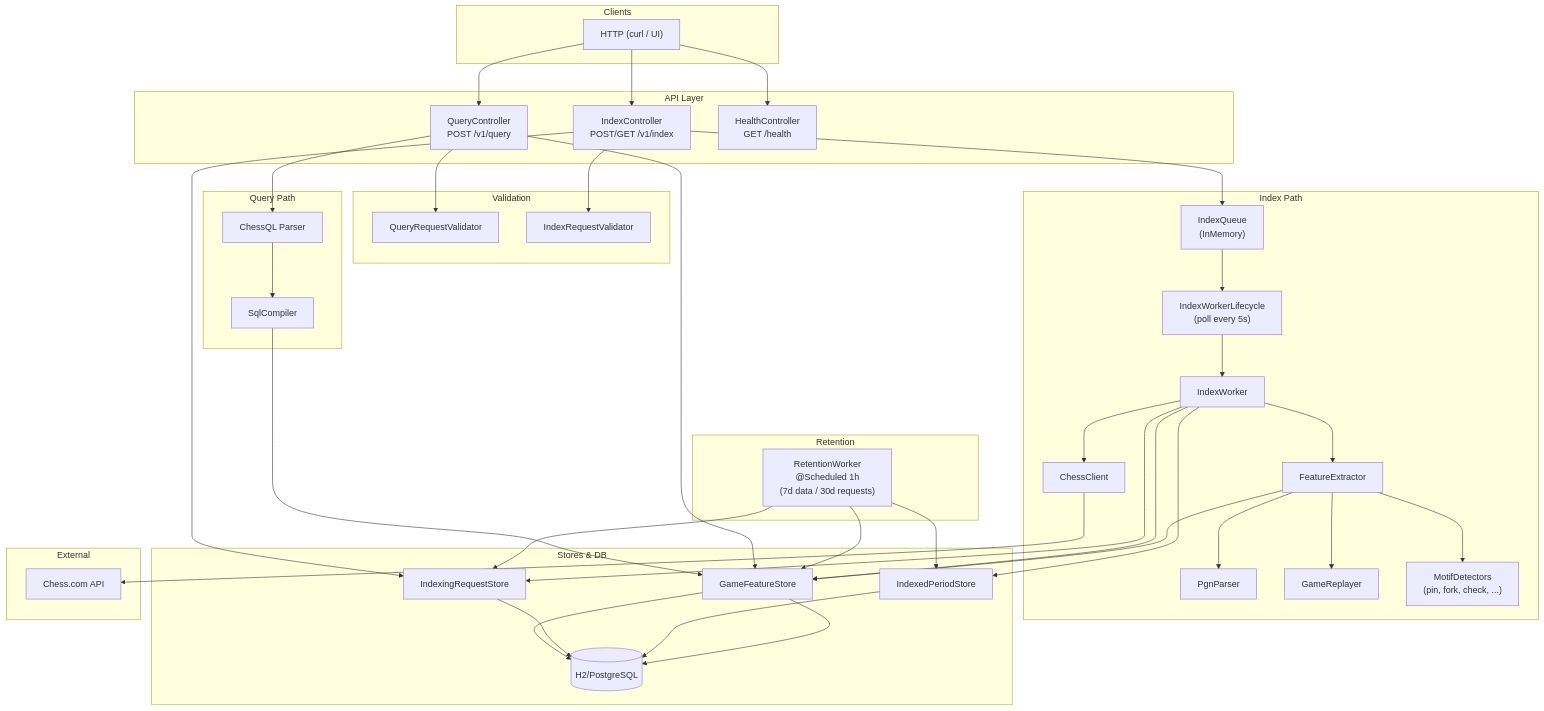
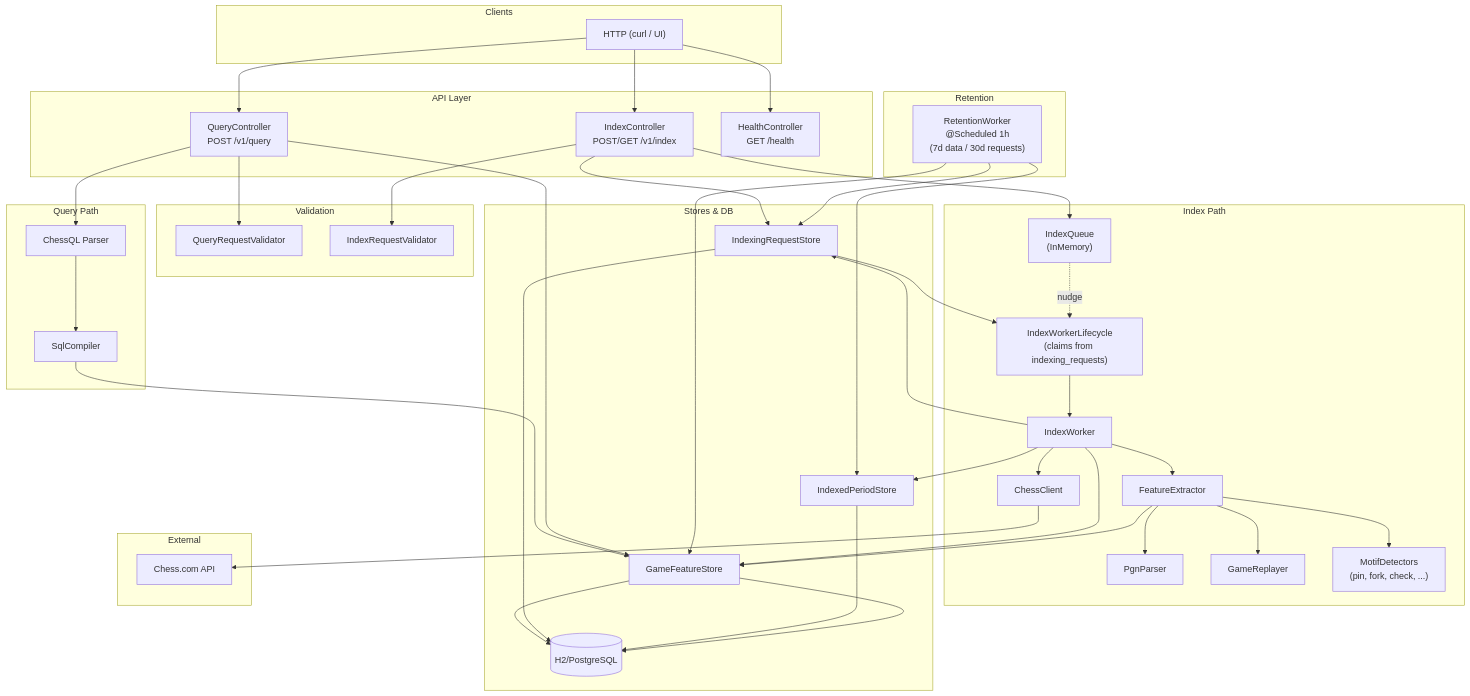
The second of 2 diagrams in domains/games/apis/one_d4/README.md (muchq/MoonBase), drawn with Mermaid before and after one commit. The commit also changed other lines of this file and 28 other files, not shown here.

First line of the commit message:
Let any worker run any queued indexing request (#1279) (#1283)

````diff
--- a/domains/games/apis/one_d4/README.md
+++ b/domains/games/apis/one_d4/README.md
@@ -21,81 +21,82 @@
 ```mermaid
 flowchart TB
   subgraph Client["Clients"]
     HTTP["HTTP (curl / UI)"]
   end
 
   subgraph API["API Layer"]
     IndexCtrl["IndexController\nPOST/GET /v1/index"]
     QueryCtrl["QueryController\nPOST /v1/query"]
     HealthCtrl["HealthController\nGET /health"]
   end
 
   subgraph Validation["Validation"]
     QueryVal["QueryRequestValidator"]
     IndexVal["IndexRequestValidator"]
   end
 
   subgraph IndexPath["Index Path"]
     Queue["IndexQueue\n(InMemory)"]
-    Lifecycle["IndexWorkerLifecycle\n(poll every 5s)"]
+    Lifecycle["IndexWorkerLifecycle\n(claims from indexing_requests)"]
     Worker["IndexWorker"]
     ChessClient["ChessClient"]
     Extractor["FeatureExtractor"]
     PgnParser["PgnParser"]
     Replayer["GameReplayer"]
     Detectors["MotifDetectors\n(pin, fork, check, ...)"]
   end
 
   subgraph QueryPath["Query Path"]
     Parser["ChessQL Parser"]
     Compiler["SqlCompiler"]
   end
 
   subgraph Retention["Retention"]
     RetentionWorker["RetentionWorker\n@Scheduled 1h\n(7d data / 30d requests)"]
   end
 
   subgraph Store["Stores & DB"]
     RequestStore["IndexingRequestStore"]
     GameStore["GameFeatureStore"]
     PeriodStore["IndexedPeriodStore"]
     DB[(H2/PostgreSQL)]
   end
 
   subgraph External["External"]
     ChessAPI["Chess.com API"]
   end
 
   HTTP --> IndexCtrl
   HTTP --> QueryCtrl
   HTTP --> HealthCtrl
   IndexCtrl --> IndexVal
   IndexCtrl --> RequestStore
   IndexCtrl --> Queue
   QueryCtrl --> QueryVal
   QueryCtrl --> Parser
   Parser --> Compiler
   Compiler --> GameStore
   QueryCtrl --> GameStore
   GameStore --> DB
   RequestStore --> DB
   PeriodStore --> DB
 
-  Queue --> Lifecycle
+  RequestStore --> Lifecycle
+  Queue -.nudge.-> Lifecycle
   Lifecycle --> Worker
   Worker --> ChessClient
   Worker --> RequestStore
   Worker --> PeriodStore
   Worker --> Extractor
   Worker --> GameStore
   ChessClient --> ChessAPI
   Extractor --> PgnParser
   Extractor --> Replayer
   Extractor --> Detectors
   Extractor --> GameStore
   GameStore --> DB
 
   RetentionWorker --> GameStore
   RetentionWorker --> PeriodStore
   RetentionWorker --> RequestStore
 ```
````
